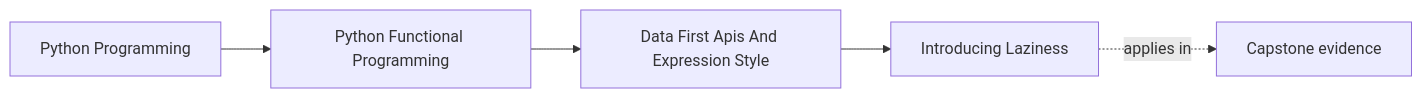
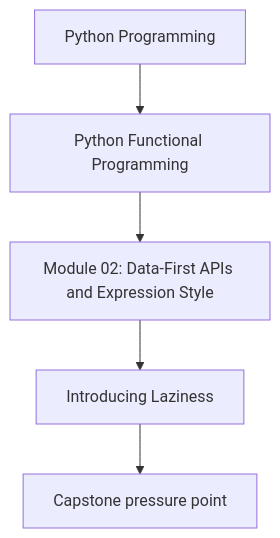
One commit to bijux/bijux-masterclass changed the first of 2 diagrams in programs/python-programming/python-functional-programming/course-book/module-02-data-first-apis-and-expression-style/introducing-laziness.md. Above: the diagram before and after it, drawn with Mermaid. The commit also changed other lines of this file and 118 other files, not shown here.

Commit message:
docs(python-functional-programming): align concept page diagrams

````diff
--- a/programs/python-programming/python-functional-programming/course-book/module-02-data-first-apis-and-expression-style/introducing-laziness.md
+++ b/programs/python-programming/python-functional-programming/course-book/module-02-data-first-apis-and-expression-style/introducing-laziness.md
@@ -7,11 +7,7 @@
 ```mermaid
-graph LR
-  family["Python Programming"]
-  program["Python Functional Programming"]
-  section["Data First Apis And Expression Style"]
-  page["Introducing Laziness"]
-  capstone["Capstone evidence"]
-
-  family --> program --> section --> page
-  page -.applies in.-> capstone
+flowchart TD
+  family["Python Programming"] --> program["Python Functional Programming"]
+  program --> module["Module 02: Data-First APIs and Expression Style"]
+  module --> concept["Introducing Laziness"]
+  concept --> capstone["Capstone pressure point"]
 ```
````
